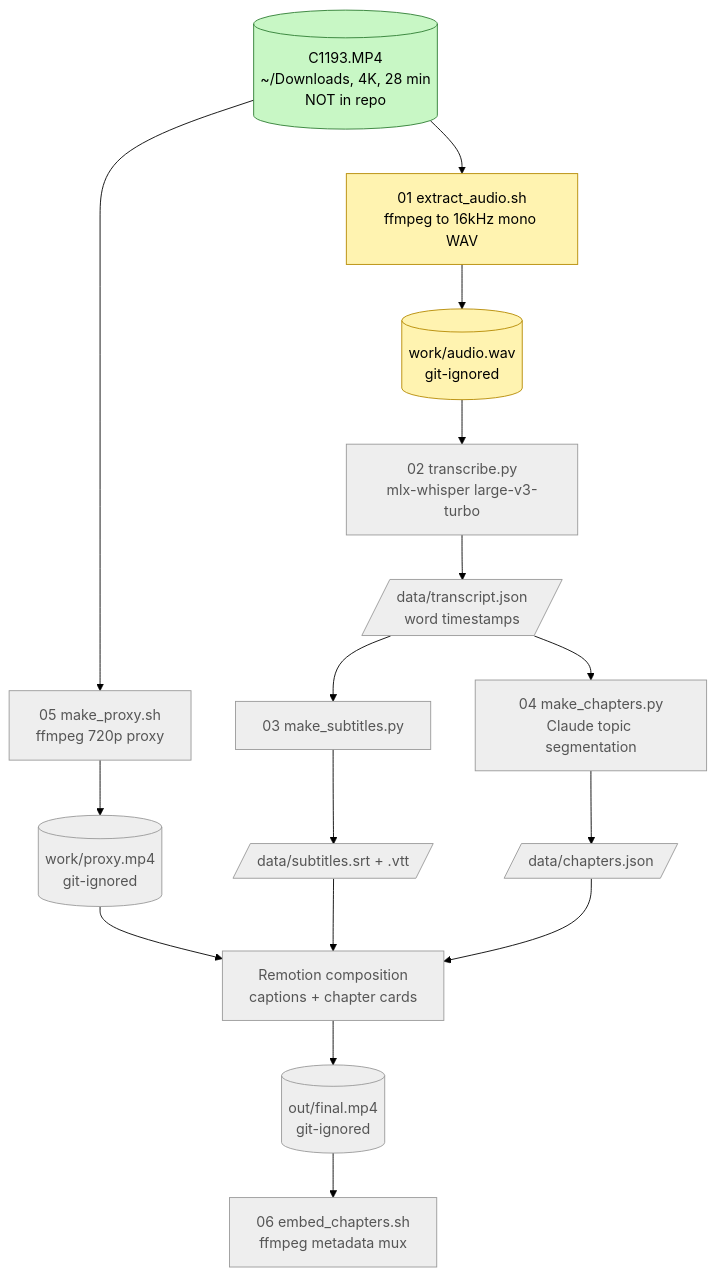
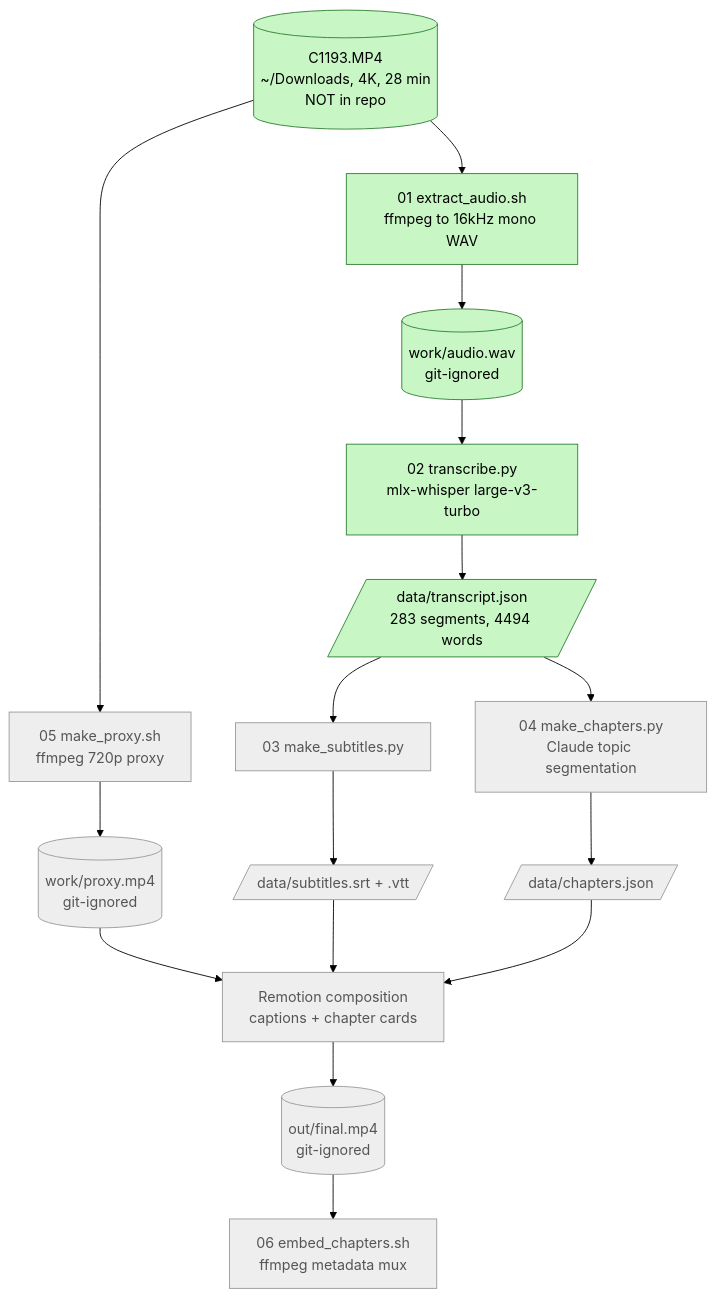
One commit to rifaterdemsahin/2026-W46_Delivery_Pilot_Interview changed the diagram in README.md. Above: the diagram before and after it, drawn with Mermaid (forest theme). The commit also changed other lines of this file and 3 other files, not shown here.

Commit message:
Transcribe with mlx-whisper; add transcript.json, update flow diagram

````diff
--- a/README.md
+++ b/README.md
@@ -11,30 +11,30 @@
 ```mermaid
 flowchart TD
     SRC[("C1193.MP4<br/>~/Downloads, 4K, 28 min<br/>NOT in repo")]:::done
-    S1["01 extract_audio.sh<br/>ffmpeg to 16kHz mono WAV"]:::wip
-    WAV[("work/audio.wav<br/>git-ignored")]:::wip
-    S2["02 transcribe.py<br/>mlx-whisper large-v3-turbo"]:::todo
-    TJ[/"data/transcript.json<br/>word timestamps"/]:::todo
+    S1["01 extract_audio.sh<br/>ffmpeg to 16kHz mono WAV"]:::done
+    WAV[("work/audio.wav<br/>git-ignored")]:::done
+    S2["02 transcribe.py<br/>mlx-whisper large-v3-turbo"]:::done
+    TJ[/"data/transcript.json<br/>283 segments, 4494 words"/]:::done
     S3["03 make_subtitles.py"]:::todo
     SUB[/"data/subtitles.srt + .vtt"/]:::todo
     S4["04 make_chapters.py<br/>Claude topic segmentation"]:::todo
     CH[/"data/chapters.json"/]:::todo
     S5["05 make_proxy.sh<br/>ffmpeg 720p proxy"]:::todo
     PX[("work/proxy.mp4<br/>git-ignored")]:::todo
     RM["Remotion composition<br/>captions + chapter cards"]:::todo
     OUT[("out/final.mp4<br/>git-ignored")]:::todo
     S8["06 embed_chapters.sh<br/>ffmpeg metadata mux"]:::todo
 
     SRC --> S1 --> WAV --> S2 --> TJ
     TJ --> S3 --> SUB
     TJ --> S4 --> CH
     SRC --> S5 --> PX
     PX --> RM
     SUB --> RM
     CH --> RM
     RM --> OUT --> S8
 
     classDef done fill:#c8f7c5,stroke:#2e7d32,color:#000
     classDef wip fill:#fff3b0,stroke:#b58900,color:#000
     classDef todo fill:#eee,stroke:#999,color:#555
 ```
````
